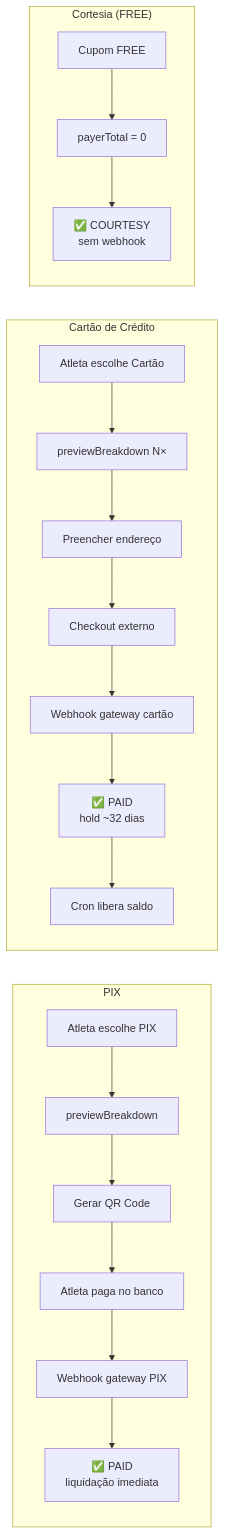
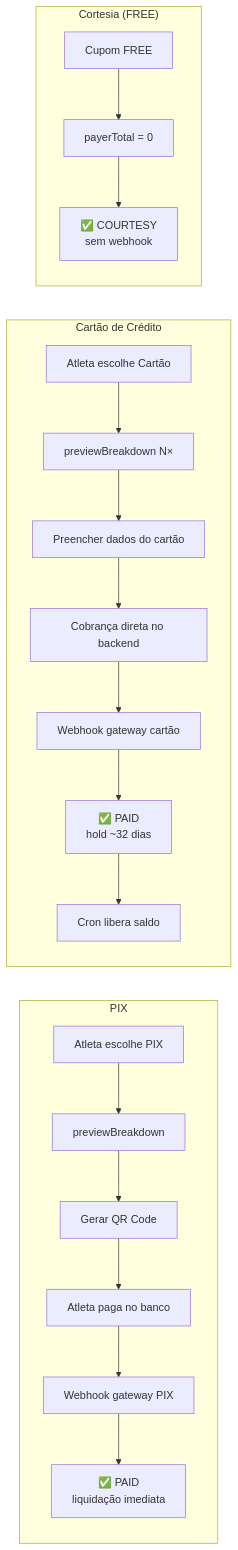
One commit to israelvcb/passogiro-mintlify-docs changed the first of 6 diagrams in sistema/fluxo-pagamento.mdx. Above: the diagram before and after it, drawn with Mermaid. The commit also changed other lines of this file and 6 other files, not shown here.

````diff
--- a/sistema/fluxo-pagamento.mdx
+++ b/sistema/fluxo-pagamento.mdx
@@ -12,22 +12,22 @@
 ```mermaid
 flowchart LR
   subgraph PIX ["PIX"]
     P1[Atleta escolhe PIX] --> P2[previewBreakdown]
     P2 --> P3[Gerar QR Code]
     P3 --> P4[Atleta paga no banco]
     P4 --> P5[Webhook gateway PIX]
     P5 --> P6[✅ PAID\nliquidação imediata]
   end
   subgraph CARD ["Cartão de Crédito"]
     C1[Atleta escolhe Cartão] --> C2[previewBreakdown N×]
-    C2 --> C3[Preencher endereço]
-    C3 --> C4[Checkout externo]
+    C2 --> C3[Preencher dados do cartão]
+    C3 --> C4[Cobrança direta no backend]
     C4 --> C5[Webhook gateway cartão]
     C5 --> C6[✅ PAID\nhold ~32 dias]
     C6 --> C7[Cron libera saldo]
   end
   subgraph FREE ["Cortesia (FREE)"]
     F1[Cupom FREE] --> F2[payerTotal = 0]
     F2 --> F3[✅ COURTESY\nsem webhook]
   end
 ```
````
